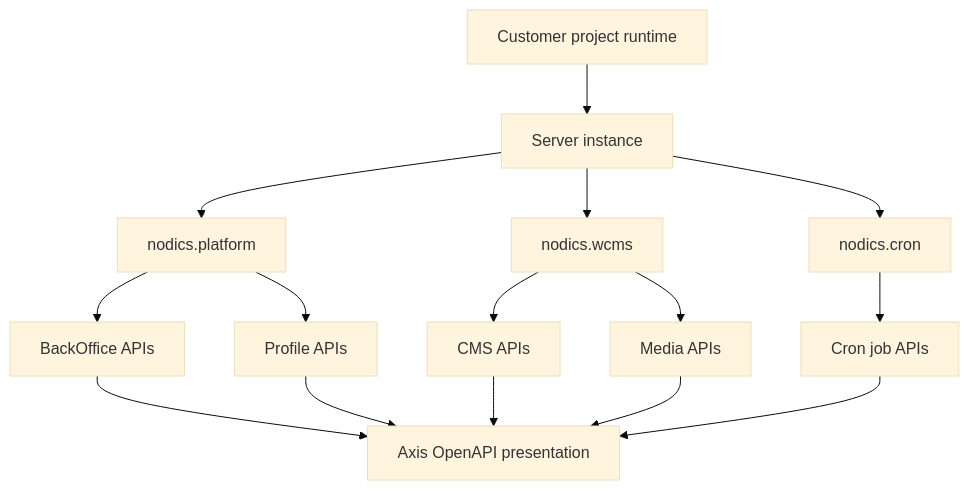
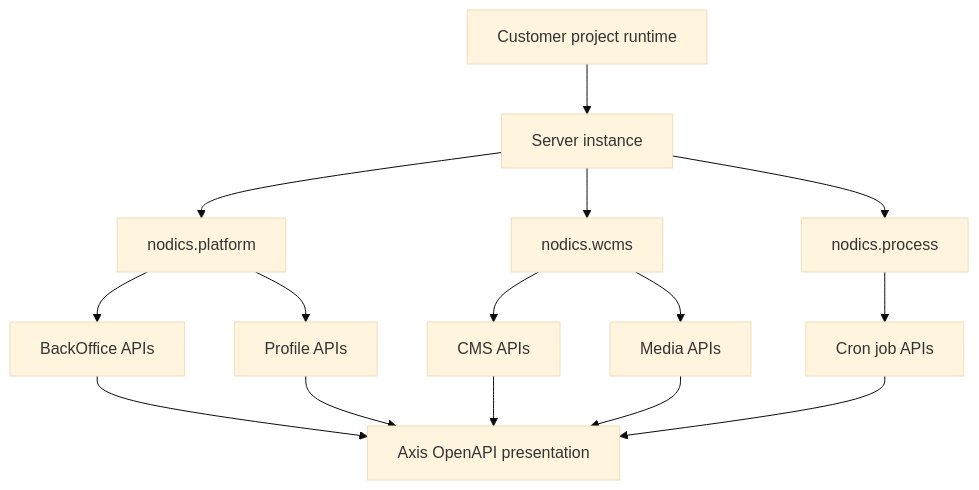
One commit to Nodics/nodics.ai changed the diagram in nodics.platform/modules/axis/docs/pages/openapi-reference.md. Above: the diagram before and after it, drawn with Mermaid (base theme). The commit also changed 43 other files, not shown here.

````diff
--- a/nodics.platform/modules/axis/docs/pages/openapi-reference.md
+++ b/nodics.platform/modules/axis/docs/pages/openapi-reference.md
@@ -38,17 +38,17 @@
 ```mermaid
 flowchart TD
   Project["Customer project runtime"] --> Server["Server instance"]
   Server --> Platform["nodics.platform"]
   Server --> WCMS["nodics.wcms"]
-  Server --> Cron["nodics.cron"]
+  Server --> Process["nodics.process"]
   Platform --> BackOffice["BackOffice APIs"]
   Platform --> Profile["Profile APIs"]
   WCMS --> CMS["CMS APIs"]
   WCMS --> Media["Media APIs"]
-  Cron --> Jobs["Cron job APIs"]
+  Process --> Jobs["Cron job APIs"]
   BackOffice --> Axis["Axis OpenAPI presentation"]
   Profile --> Axis
   CMS --> Axis
   Media --> Axis
   Jobs --> Axis
 ```
````
